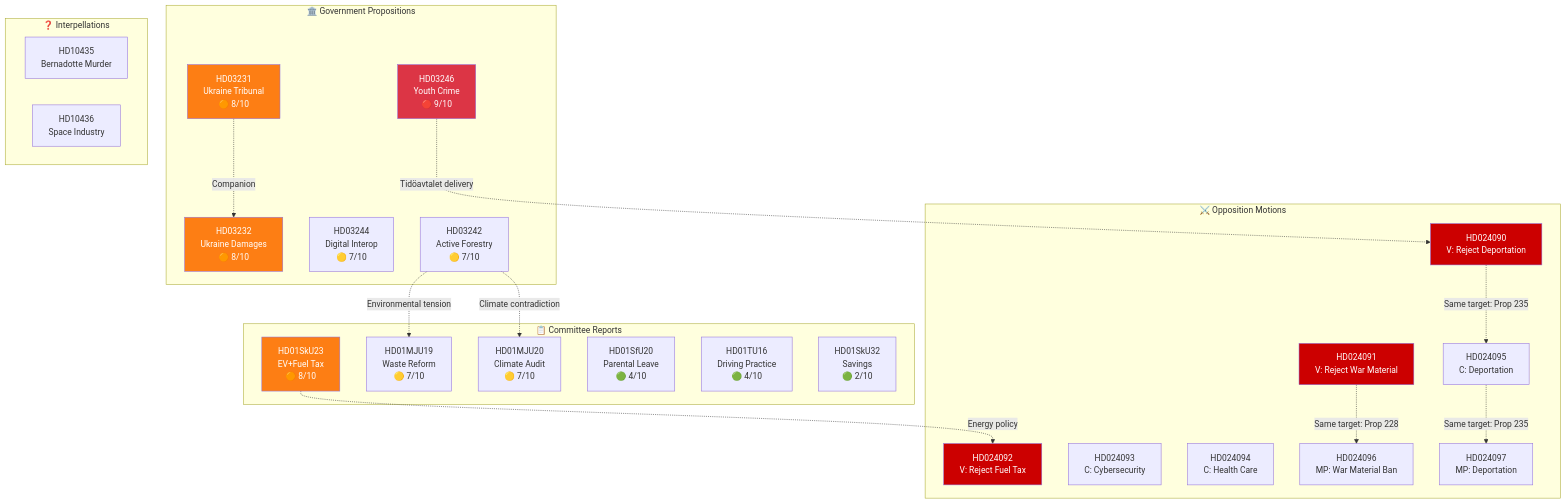
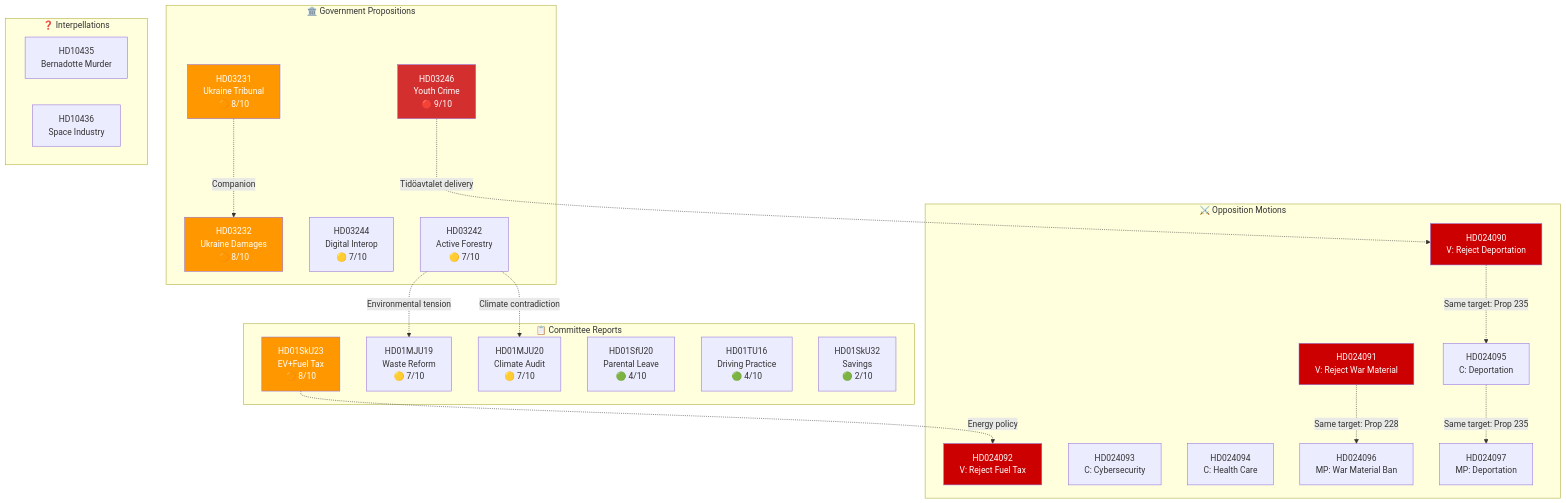
One commit to Hack23/riksdagsmonitor changed the diagram in analysis/daily/2026-04-16/evening-analysis/cross-reference-map.md. Above: the diagram before and after it, drawn with Mermaid. The commit also changed 785 other files, not shown here.

First line of the commit message:
Normalize mermaid colors across 786 analysis artifacts to ISMS Style Guide palette

````diff
--- a/analysis/daily/2026-04-16/evening-analysis/cross-reference-map.md
+++ b/analysis/daily/2026-04-16/evening-analysis/cross-reference-map.md
@@ -17,53 +17,53 @@
 ```mermaid
 graph TD
     subgraph "🏛️ Government Propositions"
         P246["HD03246<br/>Youth Crime<br/>🔴 9/10"]
         P231["HD03231<br/>Ukraine Tribunal<br/>🟠 8/10"]
         P232["HD03232<br/>Ukraine Damages<br/>🟠 8/10"]
         P244["HD03244<br/>Digital Interop<br/>🟡 7/10"]
         P242["HD03242<br/>Active Forestry<br/>🟡 7/10"]
     end
     
     subgraph "📋 Committee Reports"
         SKU23["HD01SkU23<br/>EV+Fuel Tax<br/>🟠 8/10"]
         MJU19["HD01MJU19<br/>Waste Reform<br/>🟡 7/10"]
         MJU20["HD01MJU20<br/>Climate Audit<br/>🟡 7/10"]
         SFU20["HD01SfU20<br/>Parental Leave<br/>🟢 4/10"]
         TU16["HD01TU16<br/>Driving Practice<br/>🟢 4/10"]
         SKU32["HD01SkU32<br/>Savings<br/>🟢 2/10"]
     end
     
     subgraph "⚔️ Opposition Motions"
         M4090["HD024090<br/>V: Reject Deportation"]
         M4091["HD024091<br/>V: Reject War Material"]
         M4092["HD024092<br/>V: Reject Fuel Tax"]
         M4093["HD024093<br/>C: Cybersecurity"]
         M4094["HD024094<br/>C: Health Care"]
         M4095["HD024095<br/>C: Deportation"]
         M4096["HD024096<br/>MP: War Material Ban"]
         M4097["HD024097<br/>MP: Deportation"]
     end
     
     subgraph "❓ Interpellations"
         I435["HD10435<br/>Bernadotte Murder"]
         I436["HD10436<br/>Space Industry"]
     end
     
     %% Cross-references
     P246 -.->|"Tidöavtalet delivery"| M4090
     M4090 -.->|"Same target: Prop 235"| M4095
     M4095 -.->|"Same target: Prop 235"| M4097
     M4091 -.->|"Same target: Prop 228"| M4096
     P242 -.->|"Environmental tension"| MJU19
     P242 -.->|"Climate contradiction"| MJU20
     SKU23 -.->|"Energy policy"| M4092
     P231 -.->|"Companion"| P232
     
-    style P246 fill:#dc3545,color:#fff
-    style P231 fill:#fd7e14,color:#fff
-    style P232 fill:#fd7e14,color:#fff
-    style SKU23 fill:#fd7e14,color:#fff
-    style M4090 fill:#cc0000,color:#fff
-    style M4091 fill:#cc0000,color:#fff
-    style M4092 fill:#cc0000,color:#fff
+    style P246 fill:#D32F2F,color:#FFFFFF
+    style P231 fill:#FF9800,color:#FFFFFF
+    style P232 fill:#FF9800,color:#FFFFFF
+    style SKU23 fill:#FF9800,color:#FFFFFF
+    style M4090 fill:#cc0000,color:#FFFFFF
+    style M4091 fill:#cc0000,color:#FFFFFF
+    style M4092 fill:#cc0000,color:#FFFFFF
 ```
````
